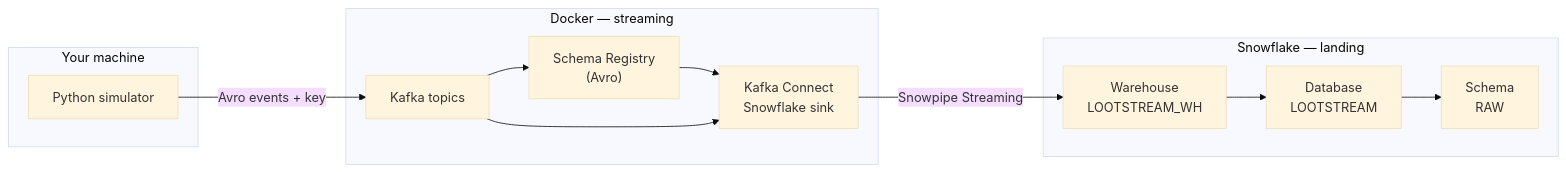
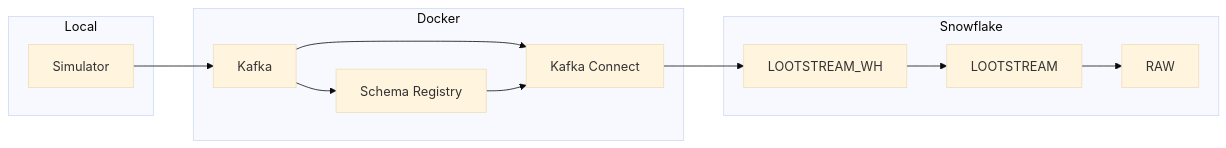
One commit to Nishieee/LootStream changed the first of 2 diagrams in README.md. Above: the diagram before and after it, drawn with Mermaid (base theme). The commit also changed other lines of this file, not shown here.

````diff
--- a/README.md
+++ b/README.md
@@ -12,26 +11,23 @@
 ```mermaid
 flowchart LR
-  subgraph local["Your machine"]
-    SIM["Python simulator"]
+  subgraph local["Local"]
+    SIM["Simulator"]
   end
-
-  subgraph docker["Docker — streaming"]
-    K["Kafka topics"]
-    SR["Schema Registry\n(Avro)"]
-    KC["Kafka Connect\nSnowflake sink"]
+  subgraph docker["Docker"]
+    K["Kafka"]
+    SR["Schema Registry"]
+    KC["Kafka Connect"]
   end
-
-  subgraph sf["Snowflake — landing"]
-    WH["Warehouse\nLOOTSTREAM_WH"]
-    DB["Database\nLOOTSTREAM"]
-    RAW["Schema\nRAW"]
+  subgraph sf["Snowflake"]
+    WH["LOOTSTREAM_WH"]
+    DB["LOOTSTREAM"]
+    RAW["RAW"]
   end
-
-  SIM -->|"Avro events + key"| K
+  SIM --> K
   K --> SR
+  K --> KC
   SR --> KC
-  K --> KC
-  KC -->|"Snowpipe Streaming"| WH
+  KC --> WH
   WH --> DB
   DB --> RAW
 ```
````
